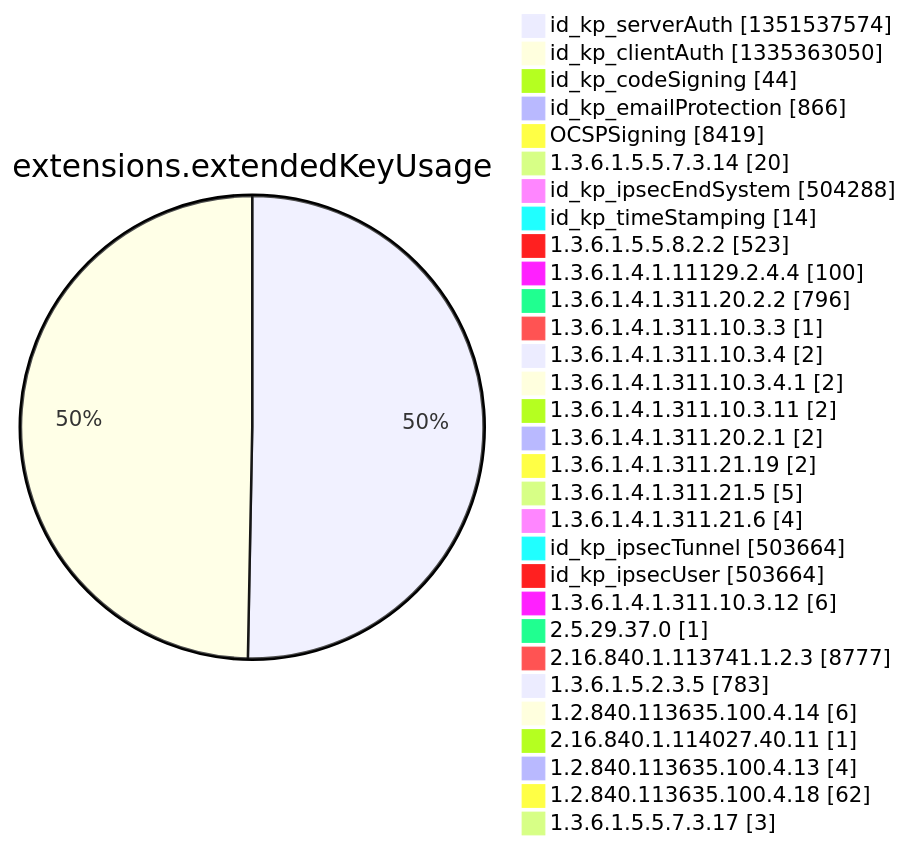
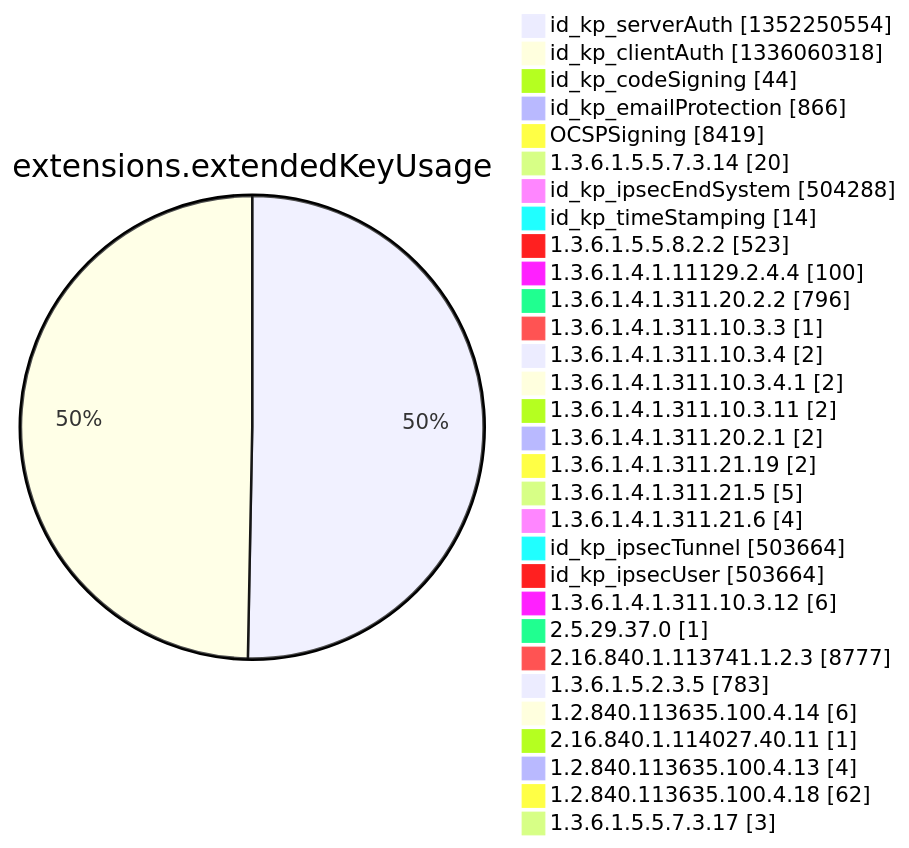
Diagram 12 of 15 in argon2022/README.md (christiankrug/ctmonitor_visualization), drawn with Mermaid before and after one commit. The commit also changed other lines of this file, not shown here.

````diff
--- a/argon2022/README.md
+++ b/argon2022/README.md
@@ -3553,34 +3553,34 @@
 ```mermaid
 pie showData
 title extensions.extendedKeyUsage
-"id_kp_serverAuth" :1351537574
-"id_kp_clientAuth" :1335363050
+"id_kp_serverAuth" :1352250554
+"id_kp_clientAuth" :1336060318
 "id_kp_codeSigning" :44
 "id_kp_emailProtection" :866
 "OCSPSigning" :8419
 "1.3.6.1.5.5.7.3.14" :20
 "id_kp_ipsecEndSystem" :504288
 "id_kp_timeStamping" :14
 "1.3.6.1.5.5.8.2.2" :523
 "1.3.6.1.4.1.11129.2.4.4" :100
 "1.3.6.1.4.1.311.20.2.2" :796
 "1.3.6.1.4.1.311.10.3.3" :1
 "1.3.6.1.4.1.311.10.3.4" :2
 "1.3.6.1.4.1.311.10.3.4.1" :2
 "1.3.6.1.4.1.311.10.3.11" :2
 "1.3.6.1.4.1.311.20.2.1" :2
 "1.3.6.1.4.1.311.21.19" :2
 "1.3.6.1.4.1.311.21.5" :5
 "1.3.6.1.4.1.311.21.6" :4
 "id_kp_ipsecTunnel" :503664
 "id_kp_ipsecUser" :503664
 "1.3.6.1.4.1.311.10.3.12" :6
 "2.5.29.37.0" :1
 "2.16.840.1.113741.1.2.3" :8777
 "1.3.6.1.5.2.3.5" :783
 "1.2.840.113635.100.4.14" :6
 "2.16.840.1.114027.40.11" :1
 "1.2.840.113635.100.4.13" :4
 "1.2.840.113635.100.4.18" :62
 "1.3.6.1.5.5.7.3.17" :3
 ```
````
